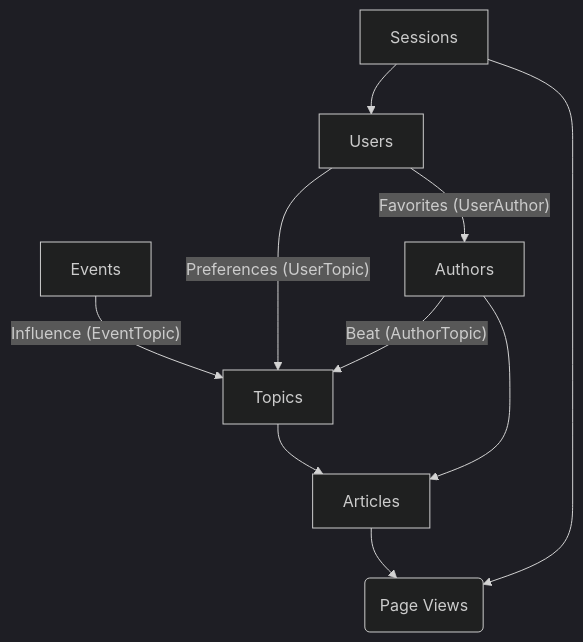
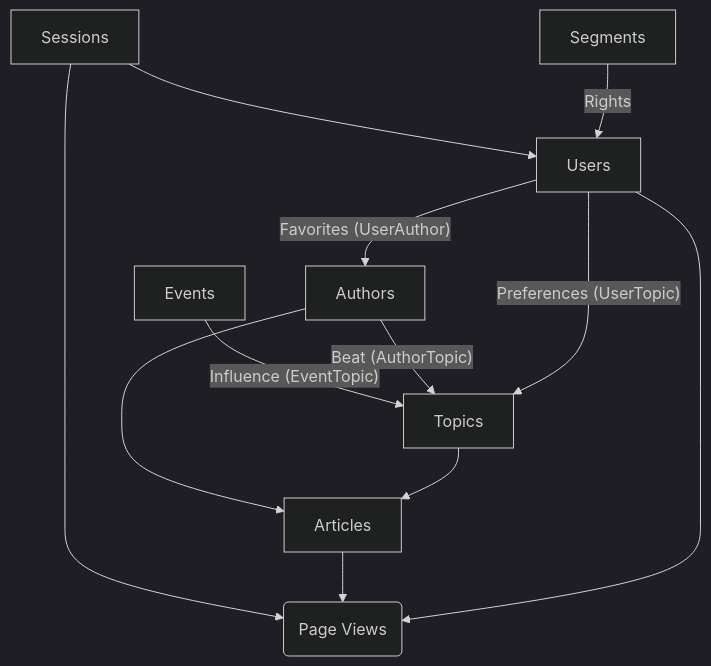
Before and after one commit to drewfeld216/BA2-Game: the first of 2 diagrams in object-schema.md, drawn with Mermaid (dark theme).

````diff
--- a/object-schema.md
+++ b/object-schema.md
@@ -2,10 +2,11 @@
 ```mermaid
   graph TD;        
       Events -- "Influence (EventTopic)" --> Topics;
       Authors -- "Beat (AuthorTopic)" --> Topics;
       Users -- "Preferences (UserTopic)" --> Topics;
       Users -- "Favorites (UserAuthor)" --> Authors;
       Authors & Topics --> Articles;
       Sessions --> Users;
-      Sessions & Articles --> PV(Page Views);
+      Segments -- Rights --> Users;
+      Sessions & Articles & Users --> PV(Page Views);
 ```
````
